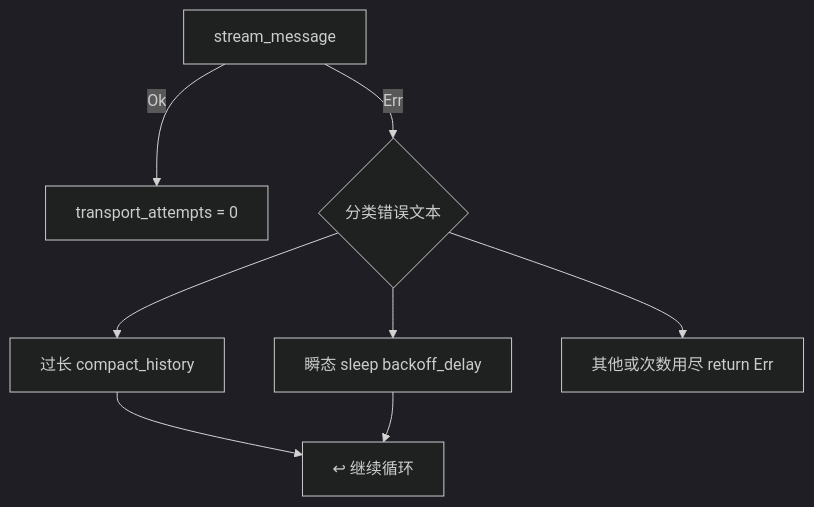
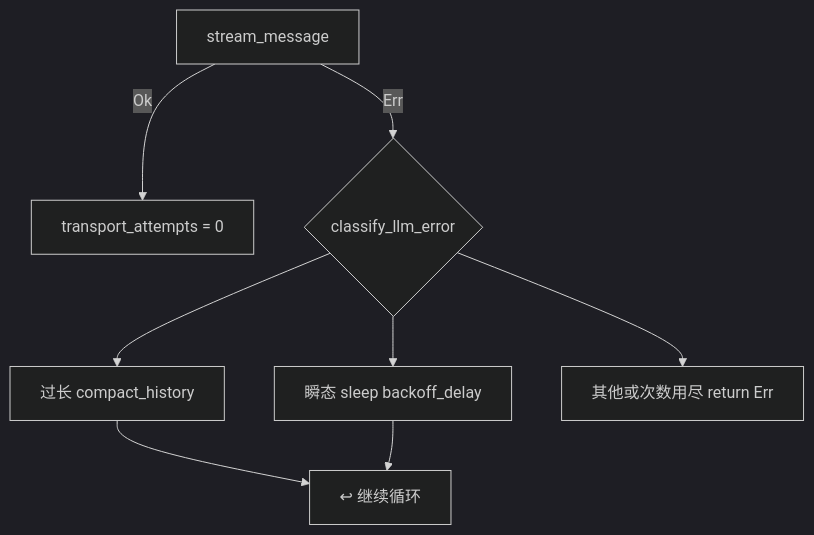
The first of 2 diagrams in book/06_chapter_recovery_zh.md (rust-infra/tact), drawn with Mermaid (dark theme) before and after one commit. The commit also changed other lines of this file and 16 other files, not shown here.

````diff
--- a/book/06_chapter_recovery_zh.md
+++ b/book/06_chapter_recovery_zh.md
@@ -100,10 +110,10 @@
 ```mermaid
 graph TD
     a_send[stream_message] -->|Ok| b_reset[transport_attempts = 0]
-    a_send -->|Err| c_classify{分类错误文本}
+    a_send -->|Err| c_classify{classify_llm_error}
     c_classify --> d_compact[过长 compact_history]
     c_classify --> e_sleep[瞬态 sleep backoff_delay]
     c_classify --> f_fail[其他或次数用尽 return Err]
     d_compact --> z_retry[↩ 继续循环]
     e_sleep --> z_retry
 ```
````
